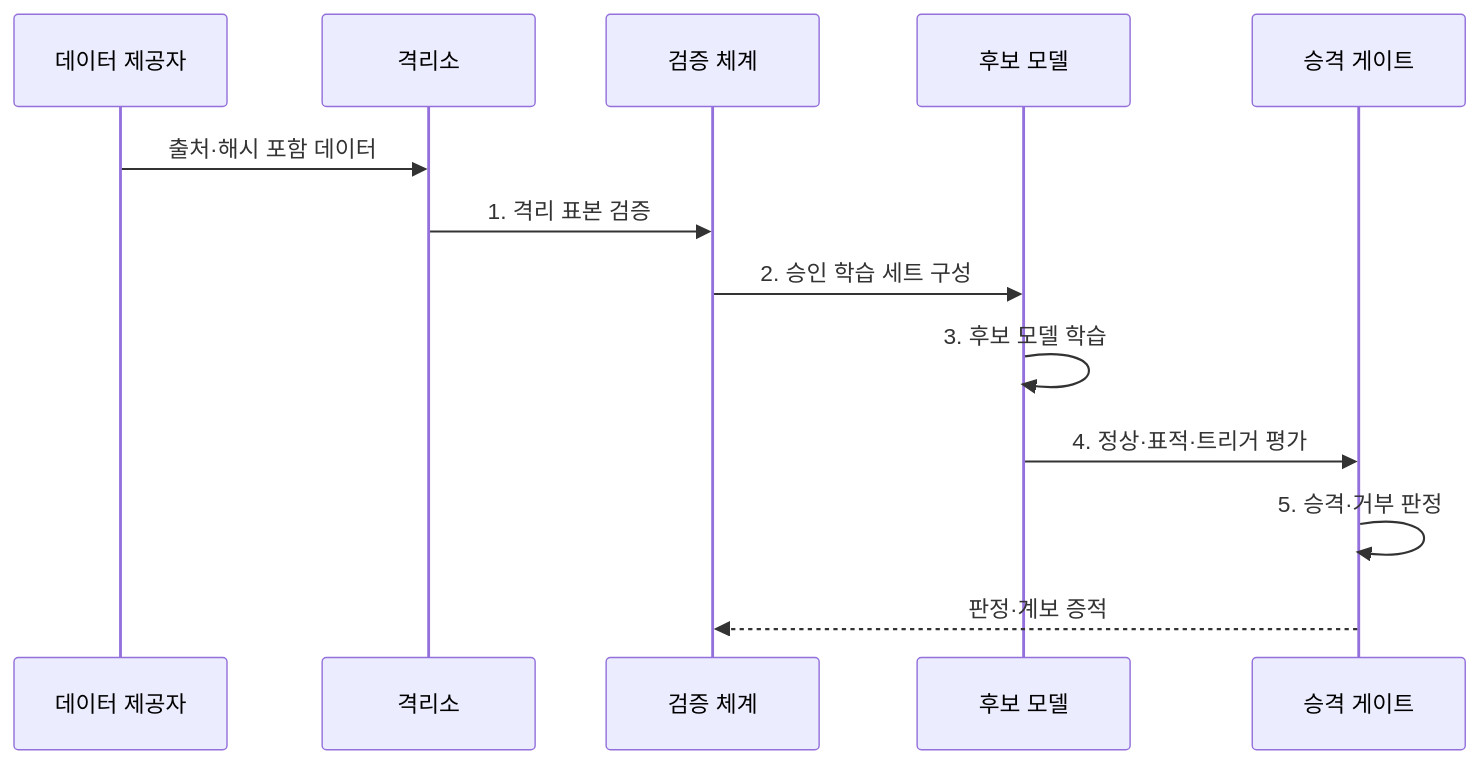
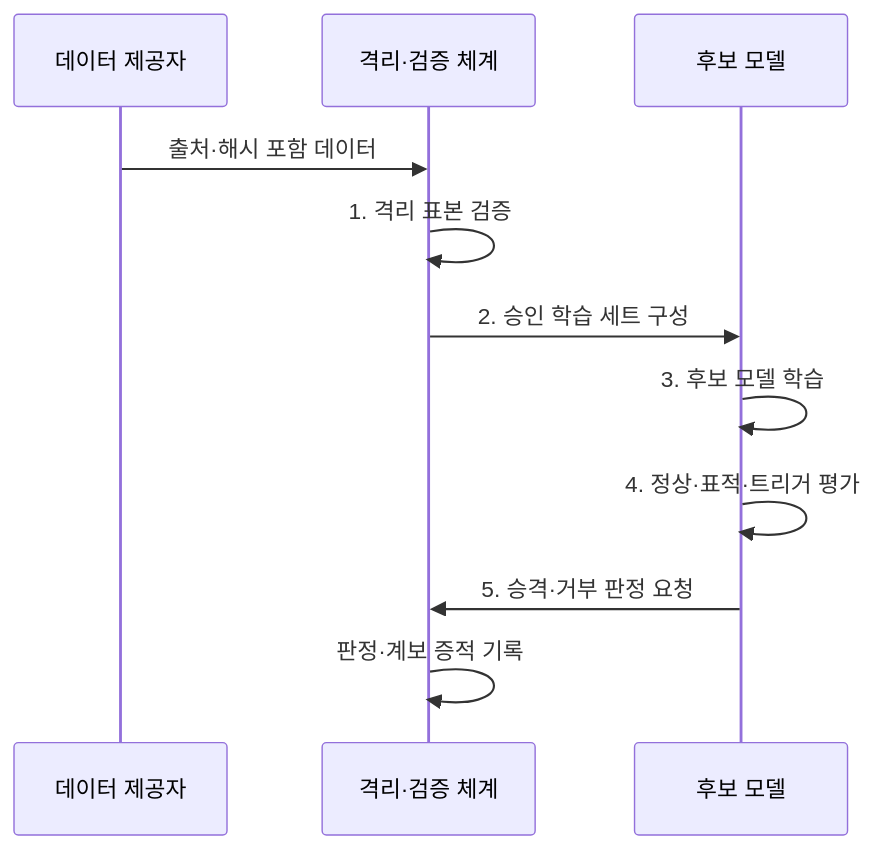
Before and after one commit to agnusdei1207/knowledge-base: the second of 2 diagrams in src/content/docs/notes/05-security/084_data_poisoning.md, drawn with Mermaid. The commit also changed other lines of this file and 9 other files, not shown here.

Commit message:
Simplify AI security sequence actors

````diff
--- a/src/content/docs/notes/05-security/084_data_poisoning.md
+++ b/src/content/docs/notes/05-security/084_data_poisoning.md
@@ -98,15 +98,13 @@
 ```mermaid
 sequenceDiagram
     participant S as 데이터 제공자
-    participant Q as 격리소
-    participant V as 검증 체계
+    participant V as 격리·검증 체계
     participant M as 후보 모델
-    participant G as 승격 게이트
-    S->>Q: 출처·해시 포함 데이터
-    Q->>V: 1. 격리 표본 검증
+    S->>V: 출처·해시 포함 데이터
+    V->>V: 1. 격리 표본 검증
     V->>M: 2. 승인 학습 세트 구성
     M->>M: 3. 후보 모델 학습
-    M->>G: 4. 정상·표적·트리거 평가
-    G->>G: 5. 승격·거부 판정
-    G-->>V: 판정·계보 증적
+    M->>M: 4. 정상·표적·트리거 평가
+    M->>V: 5. 승격·거부 판정 요청
+    V->>V: 판정·계보 증적 기록
 ```
````
